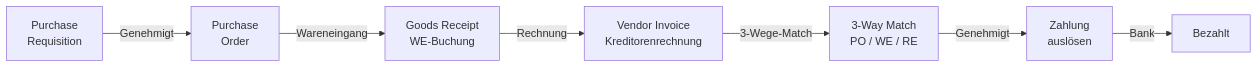
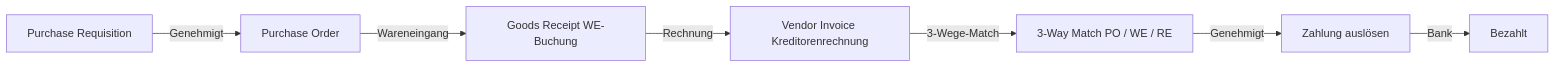
The third of 6 diagrams in Microsoft 365/Dynamics 365/Dynamics 365 Finance.md (SoniiiT/notes-n-docs), drawn with Mermaid before and after one commit. The commit also changed other lines of this file and 124 other files, not shown here.

First line of the commit message:
fix: Entferne \n aus allen Mermaid-Diagrammen (125 Dateien)

````diff
--- a/Microsoft 365/Dynamics 365/Dynamics 365 Finance.md
+++ b/Microsoft 365/Dynamics 365/Dynamics 365 Finance.md
@@ -122,9 +122,9 @@
 ```mermaid
 graph LR
-    PR[Purchase\nRequisition] -->|Genehmigt| PO[Purchase\nOrder]
-    PO -->|Wareneingang| GR[Goods Receipt\nWE-Buchung]
-    GR -->|Rechnung| VINV[Vendor Invoice\nKreditorenrechnung]
-    VINV -->|3-Wege-Match| MATCH2[3-Way Match\nPO / WE / RE]
-    MATCH2 -->|Genehmigt| PAY2[Zahlung\nauslösen]
+    PR[Purchase Requisition] -->|Genehmigt| PO[Purchase Order]
+    PO -->|Wareneingang| GR[Goods Receipt WE-Buchung]
+    GR -->|Rechnung| VINV[Vendor Invoice Kreditorenrechnung]
+    VINV -->|3-Wege-Match| MATCH2[3-Way Match PO / WE / RE]
+    MATCH2 -->|Genehmigt| PAY2[Zahlung auslösen]
     PAY2 -->|Bank| PAID[Bezahlt]
 ```
````
